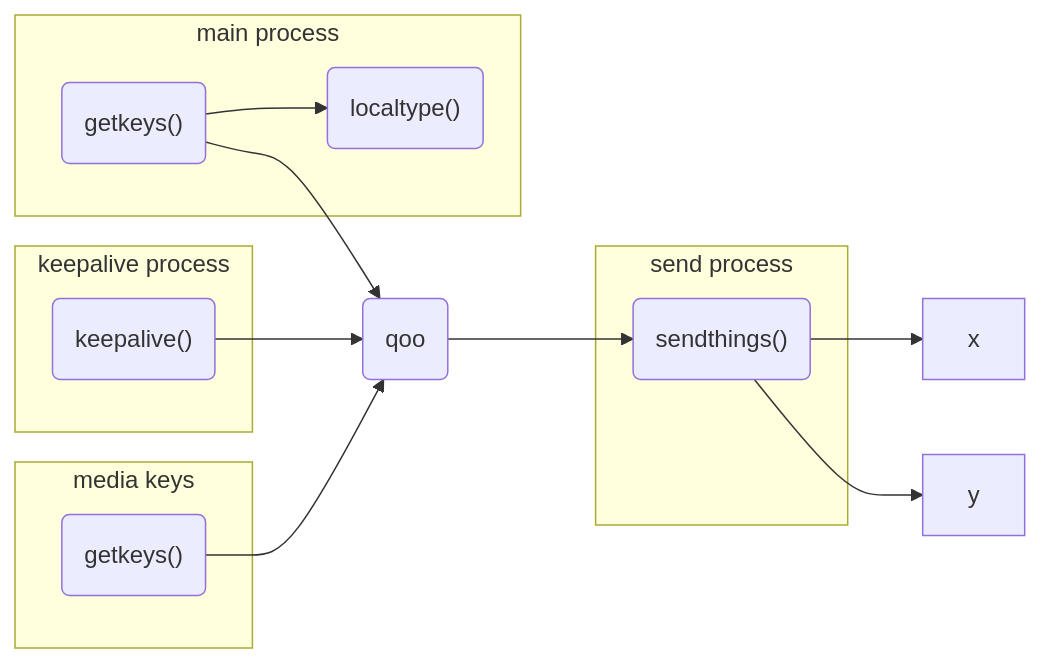
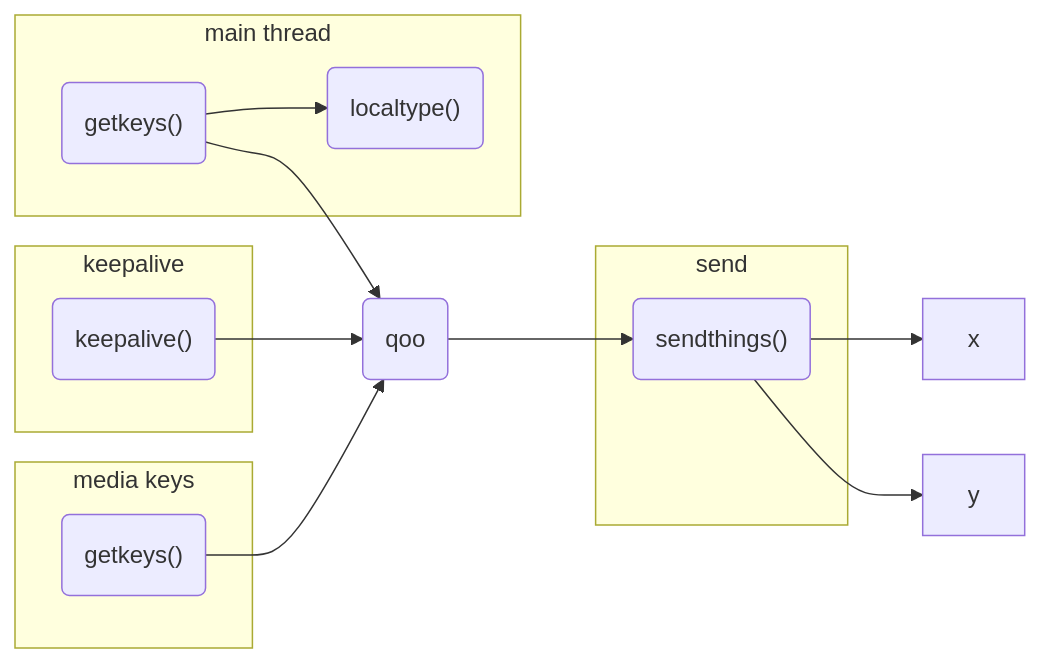
The first of 2 diagrams in README.md (pxp888/keeb), drawn with Mermaid before and after one commit. The commit also changed other lines of this file and 2 other files, not shown here.

````diff
--- a/README.md
+++ b/README.md
@@ -17,34 +25,34 @@
 ```mermaid
 graph LR
 
 gk("getkeys()")
 ka("keepalive()")
 qoo(qoo)
 st("sendthings()")
 lt("localtype()")
 
 
 gk & ka --> qoo --> st
 gk --> lt
 st --> x & y
 
-subgraph "main process"
+subgraph "main thread"
     gk
     lt
 end
 
-subgraph "keepalive process"
+subgraph "keepalive"
     ka
 end
 
-subgraph "send process"
+subgraph "send"
     st
 end
 
 subgraph "media keys"
     gk2("getkeys()")
 end
 gk2 --> qoo
 
 
 ```
````
